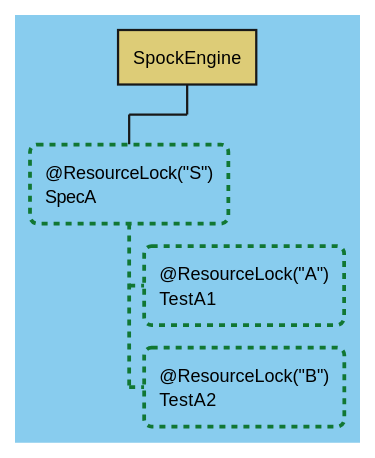
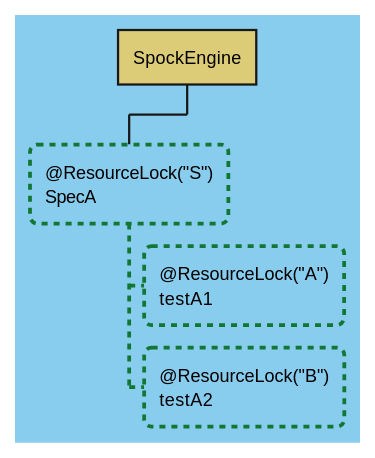
One commit to spockframework/spock changed diagram 13 of 15 in docs/parallel_execution.adoc. Above: the diagram before and after it, drawn with PlantUML. The commit also changed other lines of this file, not shown here.

Commit message:
Rename upper case Test to test in parallel_execution.adoc

```diff
--- a/docs/parallel_execution.adoc
+++ b/docs/parallel_execution.adoc
@@ -596,33 +596,33 @@
 [plantuml,images/lock-coarsening-before,svg]
 ....
 @startwbs
 <style>
 wbsDiagram {
   BackgroundColor #88CCEE
   RoundCorner 10
   node {
     :depth(0) {
       BackgroundColor #DDCC77
       RoundCorner 0
     }
   }
 
   .samethread * {
       BackgroundColor #DDCC77
       RoundCorner 0
   }
 
   .write_lock * {
       LineStyle 4
       LineThickness 2.5
       LineColor #117733
   }
 }
 </style>
 skinparam shadowing false
 * SpockEngine
 ** @ResourceLock("S")\nSpecA <<write_lock>>
-*** @ResourceLock("A")\nTestA1 <<write_lock>>
-*** @ResourceLock("B")\nTestA2 <<write_lock>>
+*** @ResourceLock("A")\ntestA1 <<write_lock>>
+*** @ResourceLock("B")\ntestA2 <<write_lock>>
 @endwbs
 ....
```
